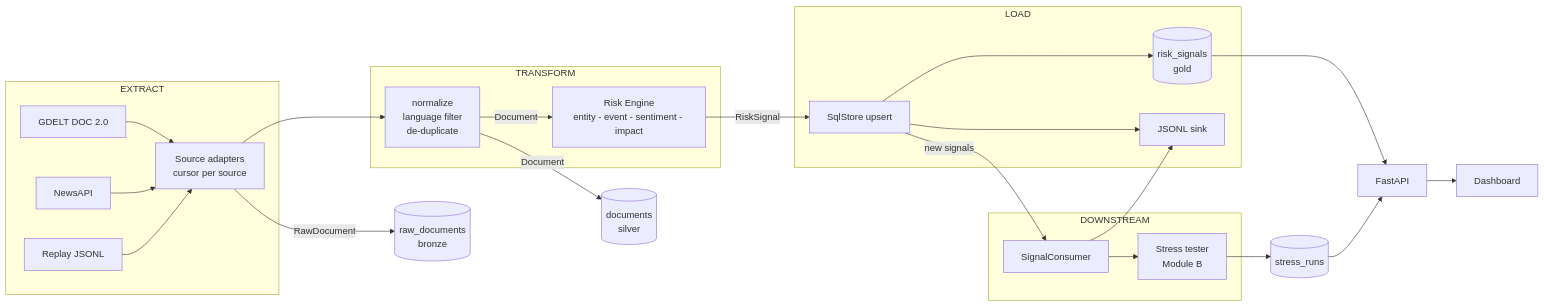
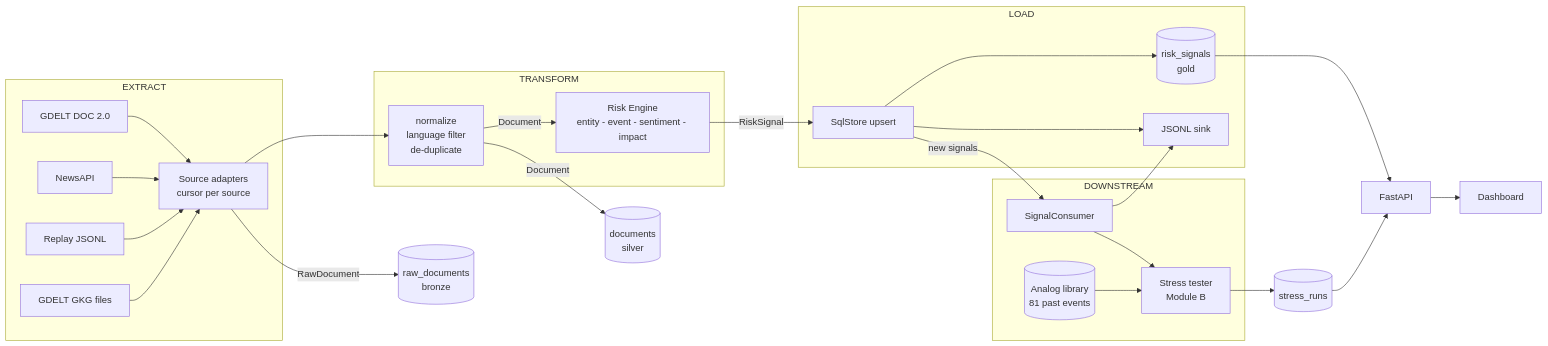
One commit to shashi-bhushan-27/SnP changed the diagram in docs/architecture.md. Above: the diagram before and after it, drawn with Mermaid. The commit also changed other lines of this file and 6 other files, not shown here.

````diff
--- a/docs/architecture.md
+++ b/docs/architecture.md
@@ -14,29 +14,31 @@
 ```mermaid
 flowchart LR
     subgraph EXTRACT
         G[GDELT DOC 2.0] --> X
         N[NewsAPI] --> X
         R[Replay JSONL] --> X
+        K[GDELT GKG files] --> X
         X[Source adapters<br/>cursor per source]
     end
     X -->|RawDocument| B[(raw_documents<br/>bronze)]
     X --> T
     subgraph TRANSFORM
         T[normalize<br/>language filter<br/>de-duplicate] -->|Document| A
         A[Risk Engine<br/>entity - event - sentiment - impact]
     end
     A -->|RiskSignal| L
     T -->|Document| S[(documents<br/>silver)]
     subgraph LOAD
         L[SqlStore upsert] --> G2[(risk_signals<br/>gold)]
         L --> J[JSONL sink]
     end
     G2 --> API[FastAPI]
     L -->|new signals| C
     subgraph DOWNSTREAM
         C[SignalConsumer] --> M[Stress tester<br/>Module B]
+        H[(Analog library<br/>81 past events)] --> M
         C --> J
     end
     M --> SR[(stress_runs)] --> API
     API --> D[Dashboard]
 ```
````
